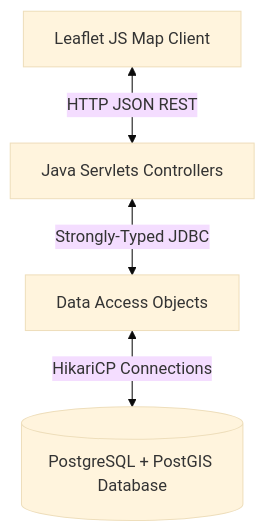
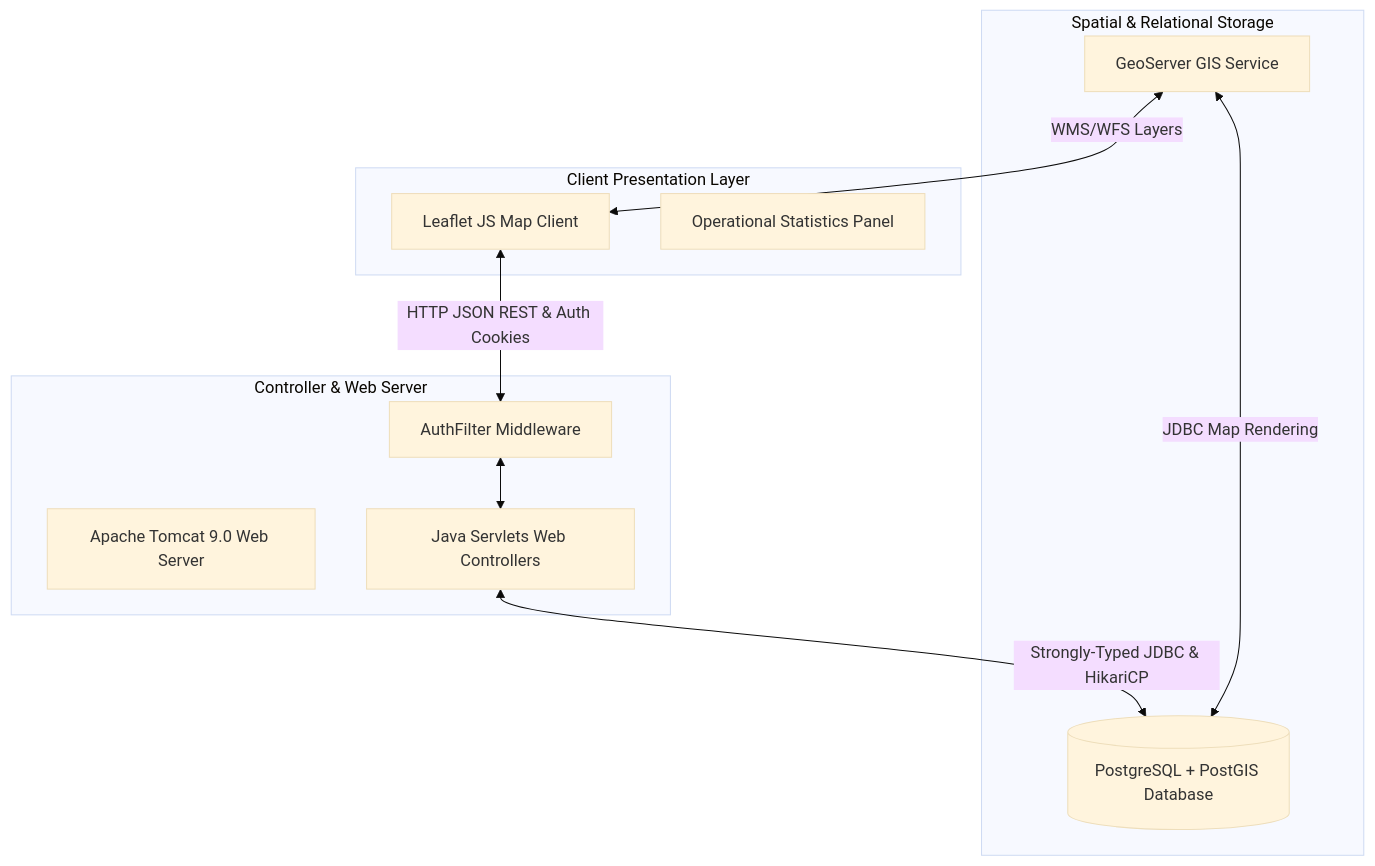
The diagram in README.md (Mahendra7073/Defence-Asset-Tracking-Geofencing-System), drawn with Mermaid (base theme) before and after one commit. The commit also changed other lines of this file and 21 other files, not shown here.

Commit message:
feat: polish UI/UX dark military theme, clean repository assets, rewrite README, and verify simulation and geofencing flows

````diff
--- a/README.md
+++ b/README.md
@@ -95,6 +53,24 @@
 ```mermaid
 graph TD
-    Client[Leaflet JS Map Client] <-->|HTTP JSON REST| Servlet[Java Servlets Controllers]
-    Servlet <-->|Strongly-Typed JDBC| DAO[Data Access Objects]
-    DAO <-->|HikariCP Connections| DB[(PostgreSQL + PostGIS Database)]
+    subgraph Client Presentation Layer
+        UI[Leaflet JS Map Client]
+        Dashboard[Operational Statistics Panel]
+    end
+
+    subgraph Controller & Web Server
+        Tomcat[Apache Tomcat 9.0 Web Server]
+        Servlet[Java Servlets Web Controllers]
+        Auth[AuthFilter Middleware]
+    end
+
+    subgraph Spatial & Relational Storage
+        DB[(PostgreSQL + PostGIS Database)]
+        GS[GeoServer GIS Service]
+    end
+
+    UI <-->|HTTP JSON REST & Auth Cookies| Auth
+    Auth <--> Servlet
+    Servlet <-->|Strongly-Typed JDBC & HikariCP| DB
+    GS <-->|WMS/WFS Layers| UI
+    GS <-->|JDBC Map Rendering| DB
 ```
````
